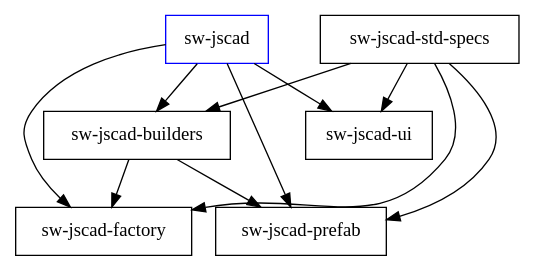
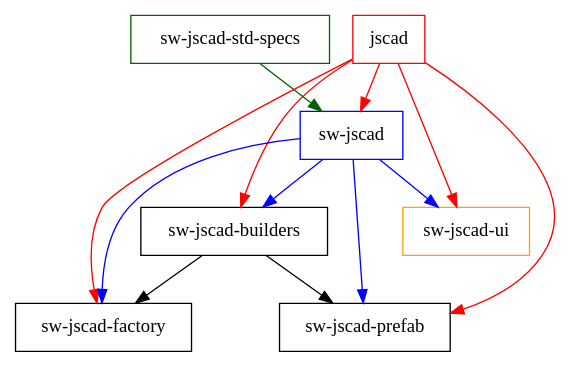
The diagram in static/design/system.dot (salvador-workshop/sw-jscad-std-specs), drawn with Graphviz before and after one commit.

Commit message:
moar system design

```diff
--- a/static/design/system.dot
+++ b/static/design/system.dot
@@ -1,24 +1,28 @@
 digraph {
     node [shape = box;];
     
-    swJscad -> swJscadUi;
-    swJscad -> swJscadBuilders;
-    swJscad -> swJscadFactory;
-    swJscad -> swJscadPrefab;
+    jscad -> swJscad [color = red;];
+    jscad -> swJscadUi [color = red;];
+    jscad -> swJscadBuilders [color = red;];
+    jscad -> swJscadFactory [color = red;];
+    jscad -> swJscadPrefab [color = red;];
     
-    swJscadStdSpecs -> swJscadUi;
-    swJscadStdSpecs -> swJscadBuilders;
-    swJscadStdSpecs -> swJscadFactory;
-    swJscadStdSpecs -> swJscadPrefab;
+    swJscad -> swJscadUi [color = blue;];
+    swJscad -> swJscadBuilders [color = blue;];
+    swJscad -> swJscadFactory [color = blue;];
+    swJscad -> swJscadPrefab [color = blue;];
+    
+    swJscadStdSpecs -> swJscad [color = darkgreen;];
     
     swJscadBuilders -> swJscadFactory;
     swJscadBuilders -> swJscadPrefab;
     
+    jscad [color = red;];
     swJscad [label = "sw-jscad";color = blue;];
+    swJscadUi [label = "sw-jscad-ui";color = orange;];
+    swJscadStdSpecs [label = "sw-jscad-std-specs";color = darkgreen;];
     
-    swJscadUi [label = "sw-jscad-ui";];
     swJscadBuilders [label = "sw-jscad-builders";];
     swJscadFactory [label = "sw-jscad-factory";];
     swJscadPrefab [label = "sw-jscad-prefab";];
-    swJscadStdSpecs [label = "sw-jscad-std-specs";];
 }
```
